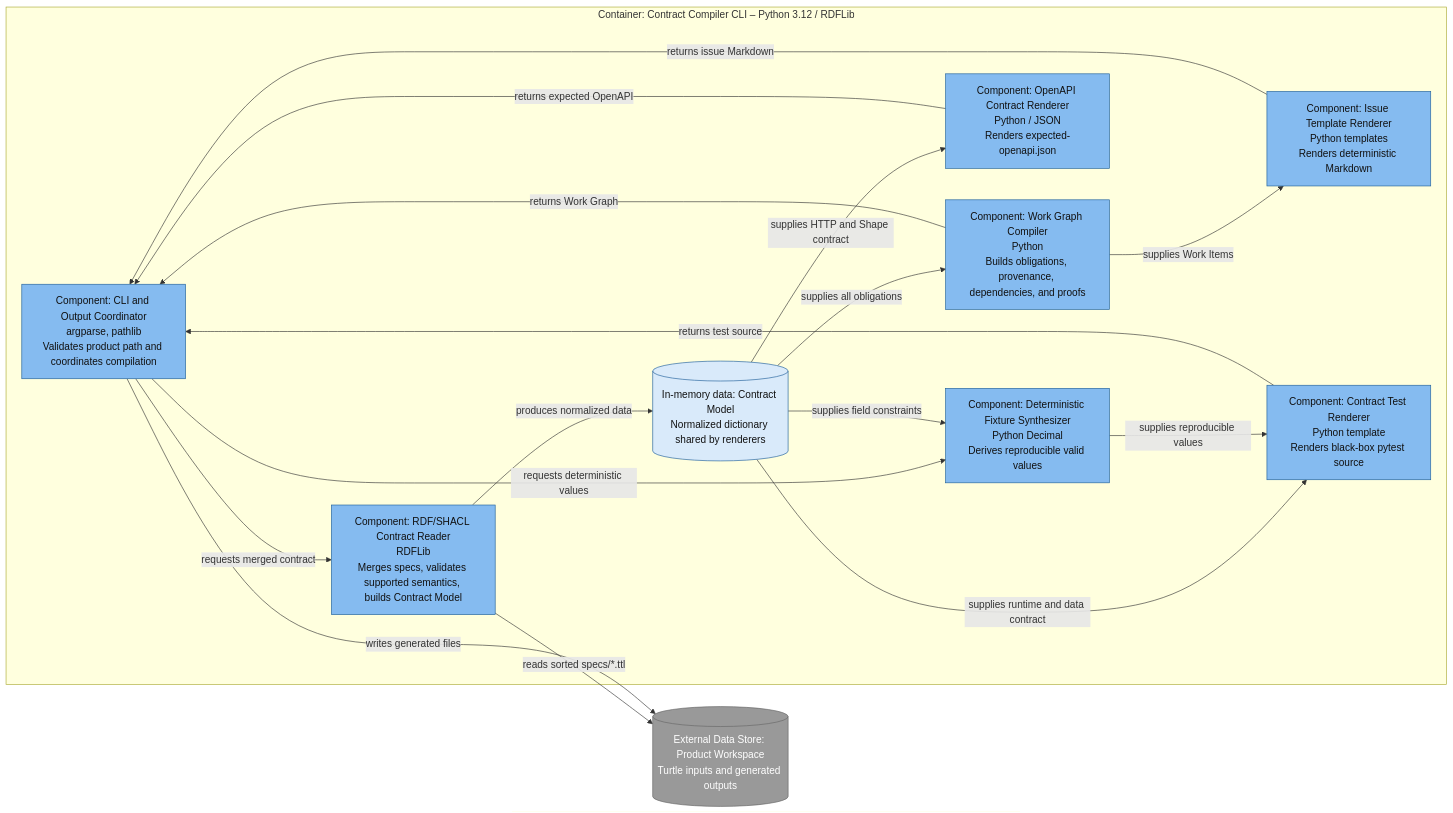
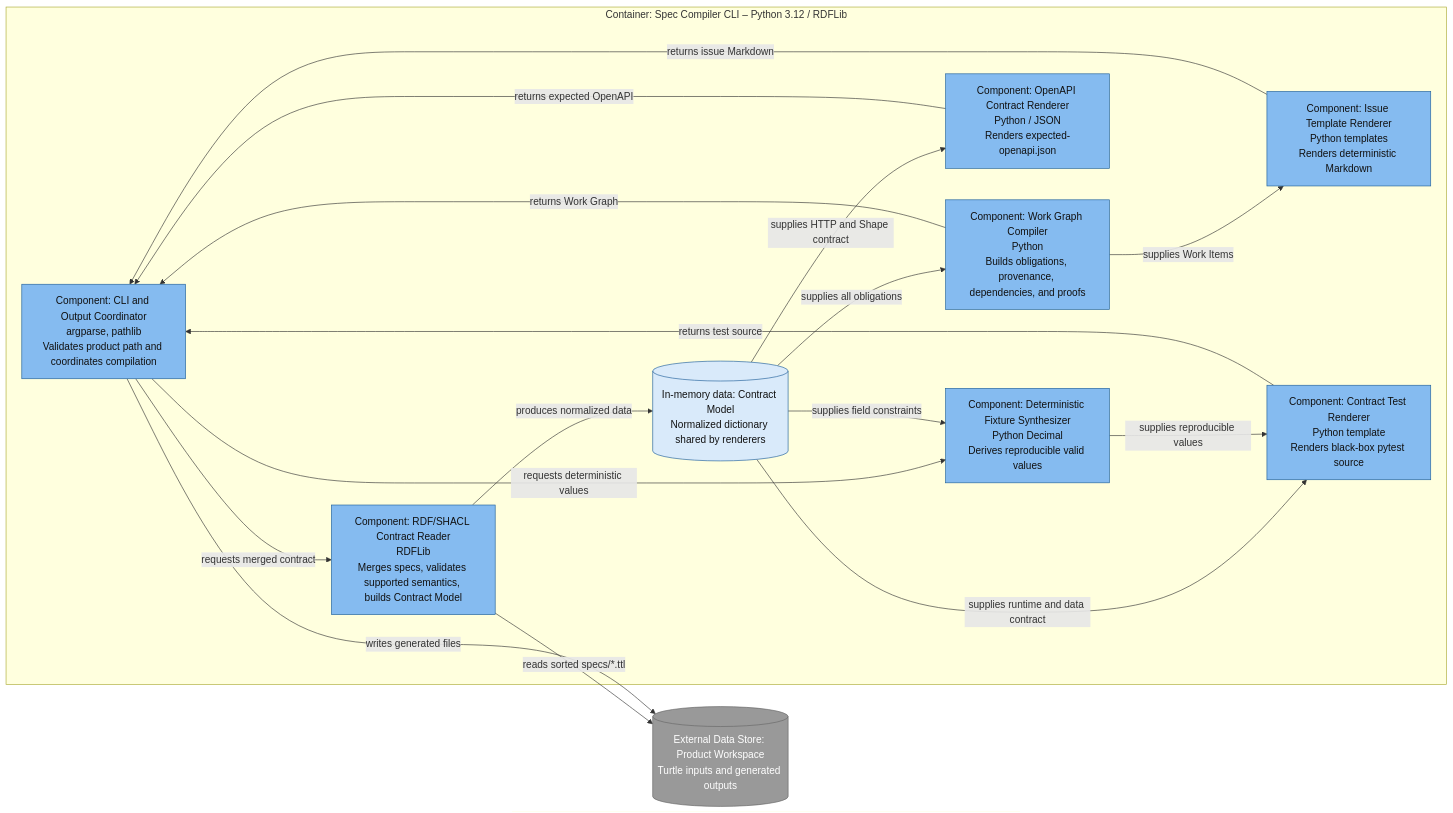
The fourth of 5 diagrams in docs/architecture/c4.md (arturmiller/spec-compiler), drawn with Mermaid before and after one commit. The commit also changed other lines of this file and 22 other files, not shown here.

Commit message:
Rename product to Spec Compiler

````diff
--- a/docs/architecture/c4.md
+++ b/docs/architecture/c4.md
@@ -172,38 +172,38 @@
 ```mermaid
 flowchart LR
     workspace[("External Data Store: Product Workspace<br/>Turtle inputs and generated outputs")]
 
-    subgraph compiler_boundary["Container: Contract Compiler CLI – Python 3.12 / RDFLib"]
+    subgraph compiler_boundary["Container: Spec Compiler CLI – Python 3.12 / RDFLib"]
         coordinator["Component: CLI and Output Coordinator<br/>argparse, pathlib<br/>Validates product path and coordinates compilation"]
         reader["Component: RDF/SHACL Contract Reader<br/>RDFLib<br/>Merges specs, validates supported semantics, builds Contract Model"]
         fixtures["Component: Deterministic Fixture Synthesizer<br/>Python Decimal<br/>Derives reproducible valid values"]
         openapi["Component: OpenAPI Contract Renderer<br/>Python / JSON<br/>Renders expected-openapi.json"]
         work["Component: Work Graph Compiler<br/>Python<br/>Builds obligations, provenance, dependencies, and proofs"]
         issues["Component: Issue Template Renderer<br/>Python templates<br/>Renders deterministic Markdown"]
         tests["Component: Contract Test Renderer<br/>Python template<br/>Renders black-box pytest source"]
         model[("In-memory data: Contract Model<br/>Normalized dictionary shared by renderers")]
     end
 
     coordinator -->|"requests merged contract"| reader
     reader -->|"reads sorted specs/*.ttl"| workspace
     reader -->|"produces normalized data"| model
     coordinator -->|"requests deterministic values"| fixtures
     model -->|"supplies field constraints"| fixtures
     model -->|"supplies HTTP and Shape contract"| openapi
     model -->|"supplies all obligations"| work
     work -->|"supplies Work Items"| issues
     model -->|"supplies runtime and data contract"| tests
     fixtures -->|"supplies reproducible values"| tests
     coordinator -->|"writes generated files"| workspace
     openapi -->|"returns expected OpenAPI"| coordinator
     work -->|"returns Work Graph"| coordinator
     issues -->|"returns issue Markdown"| coordinator
     tests -->|"returns test source"| coordinator
 
     classDef component fill:#85bbf0,stroke:#1f5f99,color:#111;
     classDef data fill:#d9eafa,stroke:#1f5f99,color:#111;
     classDef external fill:#999,stroke:#666,color:#fff;
     class coordinator,reader,fixtures,openapi,work,issues,tests component;
     class model data;
     class workspace external;
 ```
````
